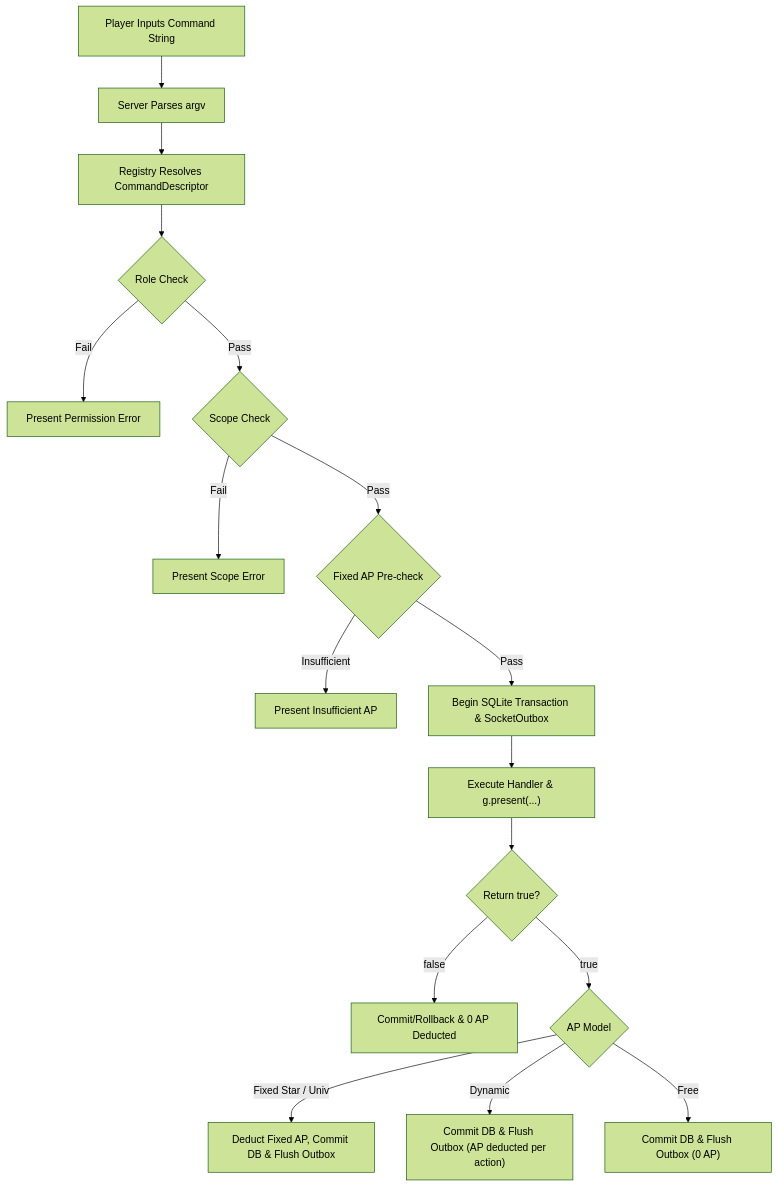
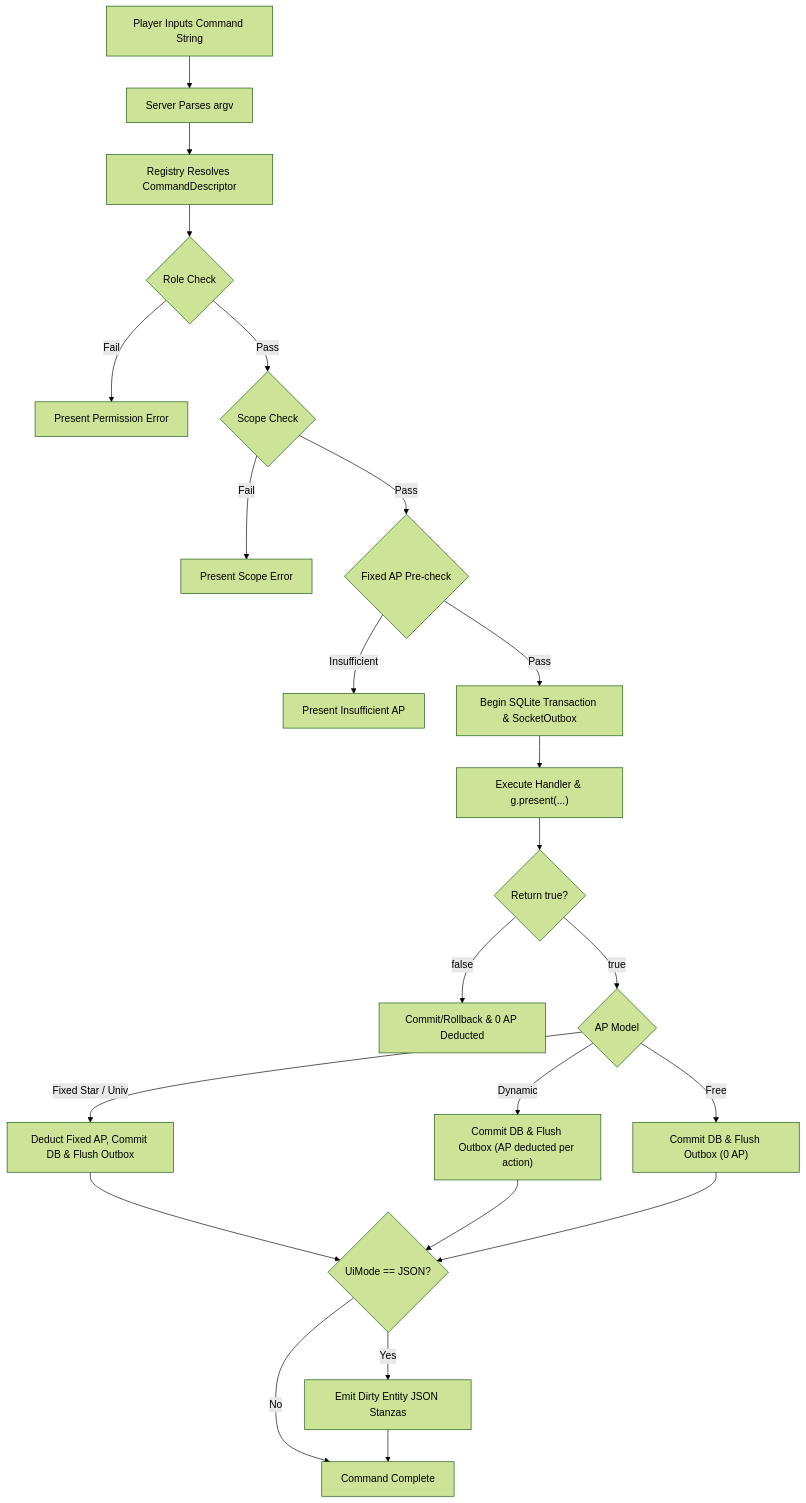
The first of 4 diagrams in ARCHITECTURE.md (kaladron/galactic-bloodshed), drawn with Mermaid (forest theme) before and after one commit. The commit also changed other lines of this file and 50 other files, not shown here.

````diff
--- a/ARCHITECTURE.md
+++ b/ARCHITECTURE.md
@@ -492,21 +507,28 @@
 ```mermaid
 flowchart TD
     Cmd["Player Inputs Command String"] --> Parse["Server Parses argv"]
     Parse --> Lookup["Registry Resolves CommandDescriptor"]
     Lookup --> Roles{"Role Check"}
     Roles -- Fail --> ErrRole["Present Permission Error"]
     Roles -- Pass --> Scope{"Scope Check"}
     Scope -- Fail --> ErrScope["Present Scope Error"]
     Scope -- Pass --> APPre{"Fixed AP Pre-check"}
     APPre -- Insufficient --> ErrAP["Present Insufficient AP"]
     APPre -- Pass --> Txn["Begin SQLite Transaction & SocketOutbox"]
     Txn --> Exec["Execute Handler & g.present(...)"]
     
     Exec --> Result{"Return true?"}
     Result -- false --> Rollback["Commit/Rollback & 0 AP Deducted"]
     Result -- true --> CheckModel{"AP Model"}
     
     CheckModel -- "Fixed Star / Univ" --> DeductFixed["Deduct Fixed AP, Commit DB & Flush Outbox"]
     CheckModel -- Dynamic --> DoneDyn["Commit DB & Flush Outbox (AP deducted per action)"]
     CheckModel -- Free --> DoneFree["Commit DB & Flush Outbox (0 AP)"]
+    
+    DeductFixed --> DirtyCheck{"UiMode == JSON?"}
+    DoneDyn --> DirtyCheck
+    DoneFree --> DirtyCheck
+    DirtyCheck -- Yes --> EmitDirty["Emit Dirty Entity JSON Stanzas"]
+    DirtyCheck -- No --> Finish["Command Complete"]
+    EmitDirty --> Finish
 ```
````
